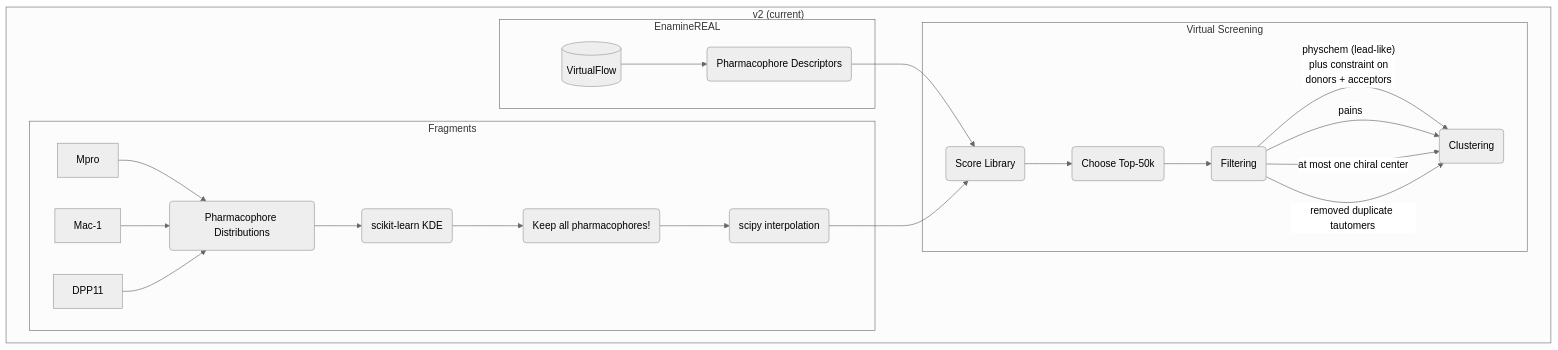
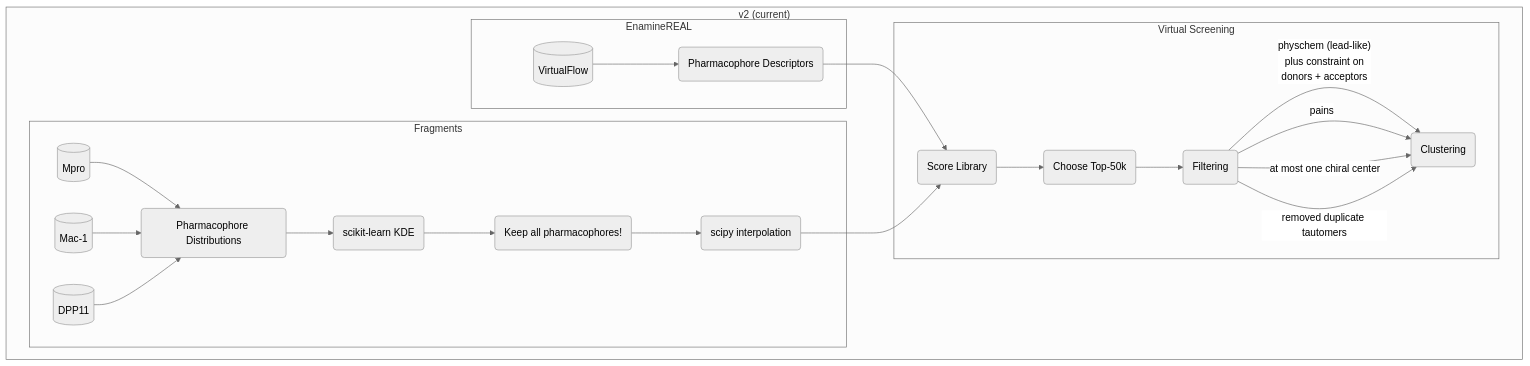
Before and after one commit to wjm41/fresco: the first of 2 diagrams in README.md, drawn with Mermaid (neutral theme). The commit also changed other lines of this file, not shown here.

Commit message:
updated dataset icons

````diff
--- a/README.md
+++ b/README.md
@@ -7,30 +7,30 @@
 ```mermaid
 flowchart LR
 subgraph "v2 (current)"
 direction LR
 subgraph EnamineREAL
 A[(VirtualFlow)] --> B(Pharmacophore Descriptors)
 end
 
 subgraph Fragments
-Mpro --> PharmD(Pharmacophore Distributions)
-Mac-1 --> PharmD
-DPP11 --> PharmD
+Mpro[(Mpro)] --> PharmD(Pharmacophore Distributions)
+Mac-1[(Mac-1)] --> PharmD
+DPP11[(DPP11)] --> PharmD
 PharmD --> KDExact(scikit-learn KDE)
 KDExact --> Keep(Keep all pharmacophores!)
 Keep --> KDE(scipy interpolation)
 end
 
 subgraph Virtual Screening
 B --> E(Score Library)
 KDE --> E
 E --> F(Choose Top-50k)
 F --> G(Filtering)
 G -- "physchem (lead-like)\n plus constraint on \n donors + acceptors"--> H(Clustering)
 G -- pains --> H
 G -- "at most one chiral center" --> H
 G -- removed duplicate tautomers --> H
 
 end
 end
 ```
````
